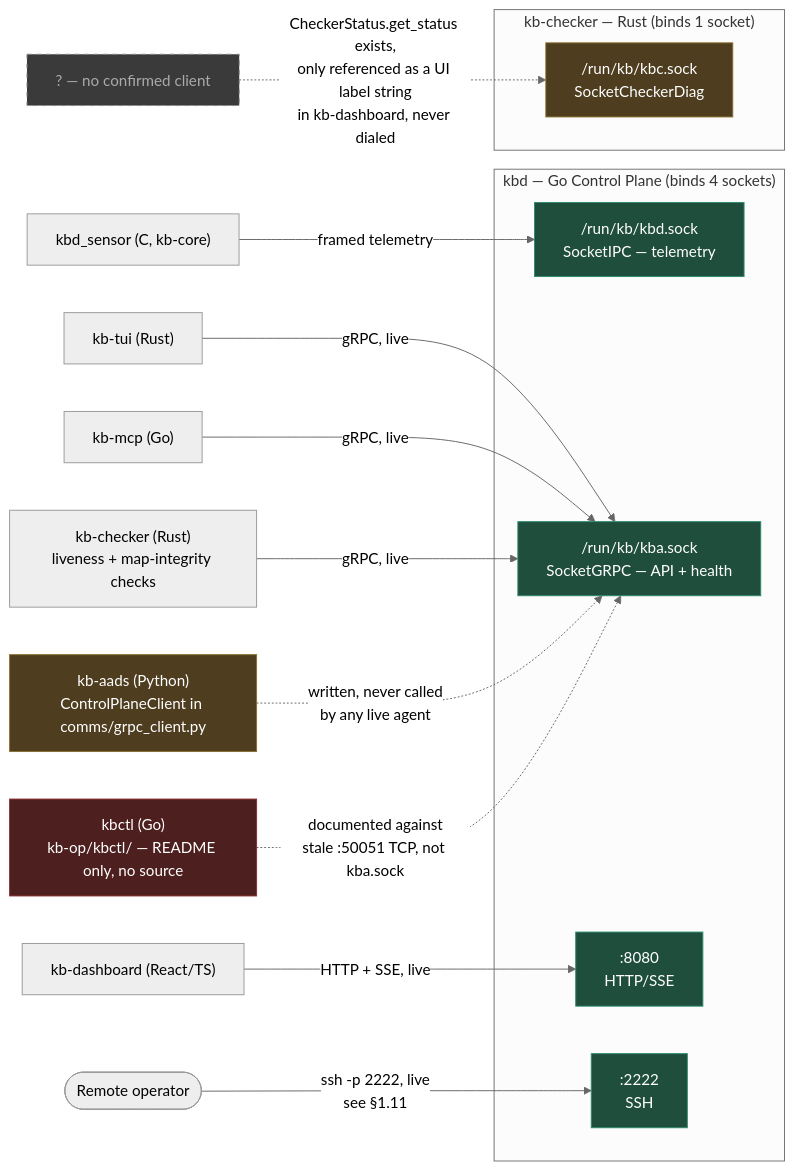
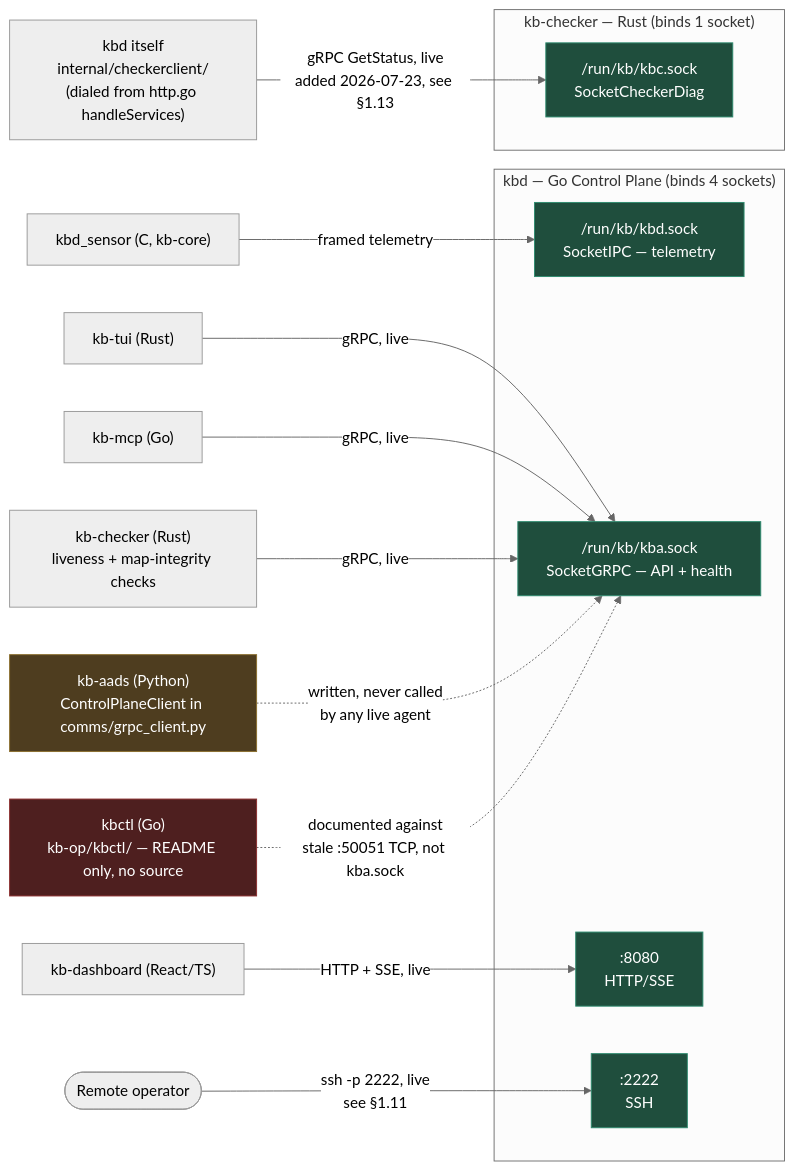
The third of 3 diagrams in docs/development/core-control/control-plane-catalog.md (pardhuvarmax/kernel-borderlands), drawn with Mermaid (neutral theme) before and after one commit. The commit also changed other lines of this file and 5 other files, not shown here.

Commit message:
kbc socket connection on go side, rust checker health verification channel

````diff
--- a/docs/development/core-control/control-plane-catalog.md
+++ b/docs/development/core-control/control-plane-catalog.md
@@ -534,35 +568,34 @@
 ```mermaid
 flowchart LR
     subgraph KBD["kbd — Go Control Plane (binds 4 sockets)"]
         S_IPC["/run/kb/kbd.sock<br/>SocketIPC — telemetry"]
         S_GRPC["/run/kb/kba.sock<br/>SocketGRPC — API + health"]
         S_HTTP[":8080<br/>HTTP/SSE"]
         S_SSH[":2222<br/>SSH"]
     end
 
     subgraph CHECKER["kb-checker — Rust (binds 1 socket)"]
         S_KBC["/run/kb/kbc.sock<br/>SocketCheckerDiag"]
     end
 
     Sensor["kbd_sensor (C, kb-core)"] -->|framed telemetry| S_IPC
 
     TUI["kb-tui (Rust)"] -->|gRPC, live| S_GRPC
     MCP["kb-mcp (Go)"] -->|gRPC, live| S_GRPC
     ChkClient["kb-checker (Rust)<br/>liveness + map-integrity checks"] -->|gRPC, live| S_GRPC
     AADS["kb-aads (Python)<br/>ControlPlaneClient in comms/grpc_client.py"] -.->|written, never called<br/>by any live agent| S_GRPC
     KBCTL["kbctl (Go)<br/>kb-op/kbctl/ — README only, no source"] -.->|documented against<br/>stale :50051 TCP, not kba.sock| S_GRPC
 
     Dashboard["kb-dashboard (React/TS)"] -->|HTTP + SSE, live| S_HTTP
     Operator(["Remote operator"]) -->|ssh -p 2222, live<br/>see §1.11| S_SSH
 
-    NoClient["? — no confirmed client"] -.->|CheckerStatus.get_status exists,<br/>only referenced as a UI label string<br/>in kb-dashboard, never dialed| S_KBC
+    KBD_Client["kbd itself<br/>internal/checkerclient/<br/>(dialed from http.go handleServices)"] -->|gRPC GetStatus, live<br/>added 2026-07-23, see §1.13| S_KBC
 
     style S_IPC fill:#1f4e3d,stroke:#2e8b6f,color:#fff
     style S_GRPC fill:#1f4e3d,stroke:#2e8b6f,color:#fff
     style S_HTTP fill:#1f4e3d,stroke:#2e8b6f,color:#fff
     style S_SSH fill:#1f4e3d,stroke:#2e8b6f,color:#fff
-    style S_KBC fill:#4e3d1f,stroke:#8b6f2e,color:#fff
+    style S_KBC fill:#1f4e3d,stroke:#2e8b6f,color:#fff
     style AADS fill:#4e3d1f,stroke:#8b6f2e,color:#fff
     style KBCTL fill:#4e1f1f,stroke:#8b2e2e,color:#fff
-    style NoClient fill:#3a3a3a,stroke:#888,color:#aaa,stroke-dasharray: 5 5
 ```
````
